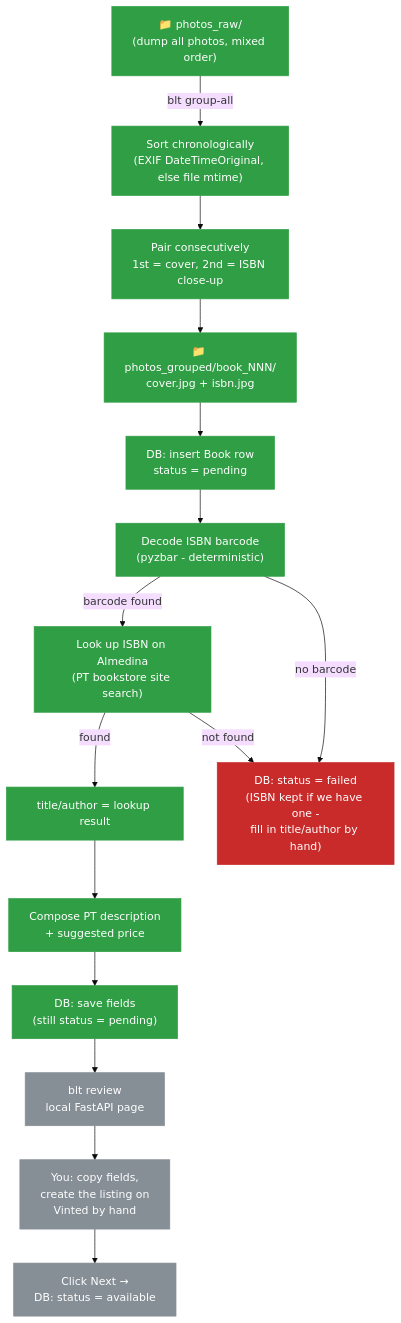
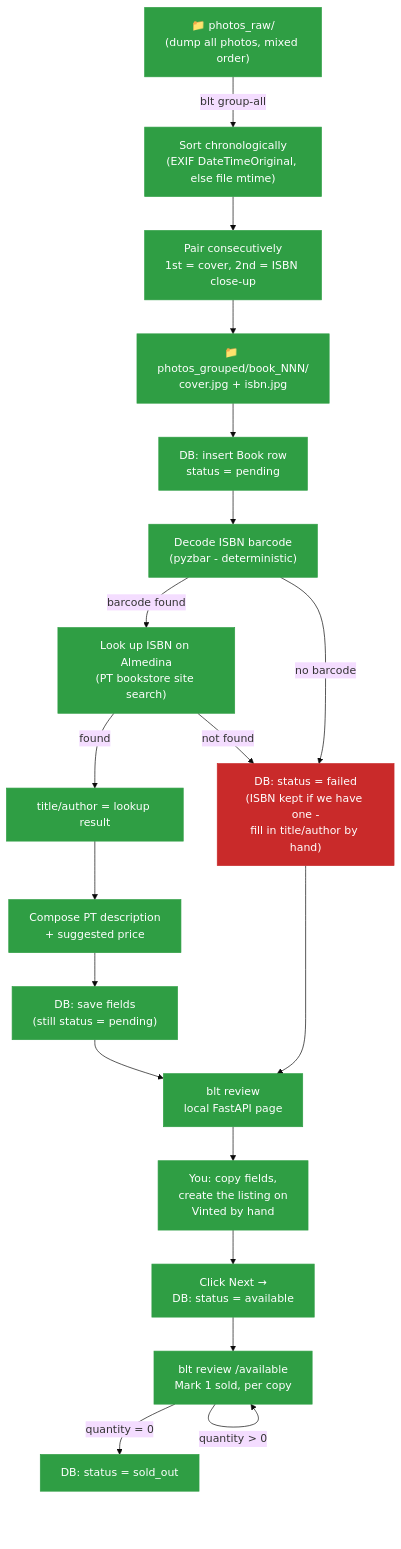
Before and after one commit to gab-es21/book-listing-automation: the diagram in README.md, drawn with Mermaid (base theme). The commit also changed other lines of this file and 6 other files, not shown here.

First line of the commit message:
Add blt review local FastAPI page (#7)

````diff
--- a/README.md
+++ b/README.md
@@ -13,29 +13,30 @@
 ```mermaid
 flowchart TD
     A["📁 photos_raw/\n(dump all photos, mixed order)"] -->|"blt group-all"| B["Sort chronologically\n(EXIF DateTimeOriginal, else file mtime)"]
     B --> C["Pair consecutively\n1st = cover, 2nd = ISBN close-up"]
     C --> D["📁 photos_grouped/book_NNN/\ncover.jpg + isbn.jpg"]
     D --> E["DB: insert Book row\nstatus = pending"]
 
     E --> F["Decode ISBN barcode\n(pyzbar - deterministic)"]
     F -->|"barcode found"| G["Look up ISBN on Almedina\n(PT bookstore site search)"]
     G -->|"found"| H1["title/author = lookup result"]
     G -->|"not found"| Z["DB: status = failed\n(ISBN kept if we have one -\nfill in title/author by hand)"]
     F -->|"no barcode"| Z
 
     H1 --> I["Compose PT description\n+ suggested price"]
     I --> J["DB: save fields\n(still status = pending)"]
 
     J --> K["blt review\nlocal FastAPI page"]
+    Z --> K
     K --> L["You: copy fields,\ncreate the listing on\nVinted by hand"]
     L --> M["Click Next →\nDB: status = available"]
+    M --> N["blt review /available\nMark 1 sold, per copy"]
+    N -->|"quantity > 0"| N
+    N -->|"quantity = 0"| O["DB: status = sold_out"]
 
-    class A,B,C,D,E,F,G,H1,I,J done
-    class K,L,M todo
+    class A,B,C,D,E,F,G,H1,I,J,K,L,M,N,O done
     class Z failed
 
     classDef done fill:#2f9e44,color:#fff,stroke:#2f9e44
-    classDef building fill:#e8a83b,color:#111,stroke:#e8a83b
-    classDef todo fill:#868e96,color:#fff,stroke:#868e96
     classDef failed fill:#c92a2a,color:#fff,stroke:#c92a2a
 ```
````
